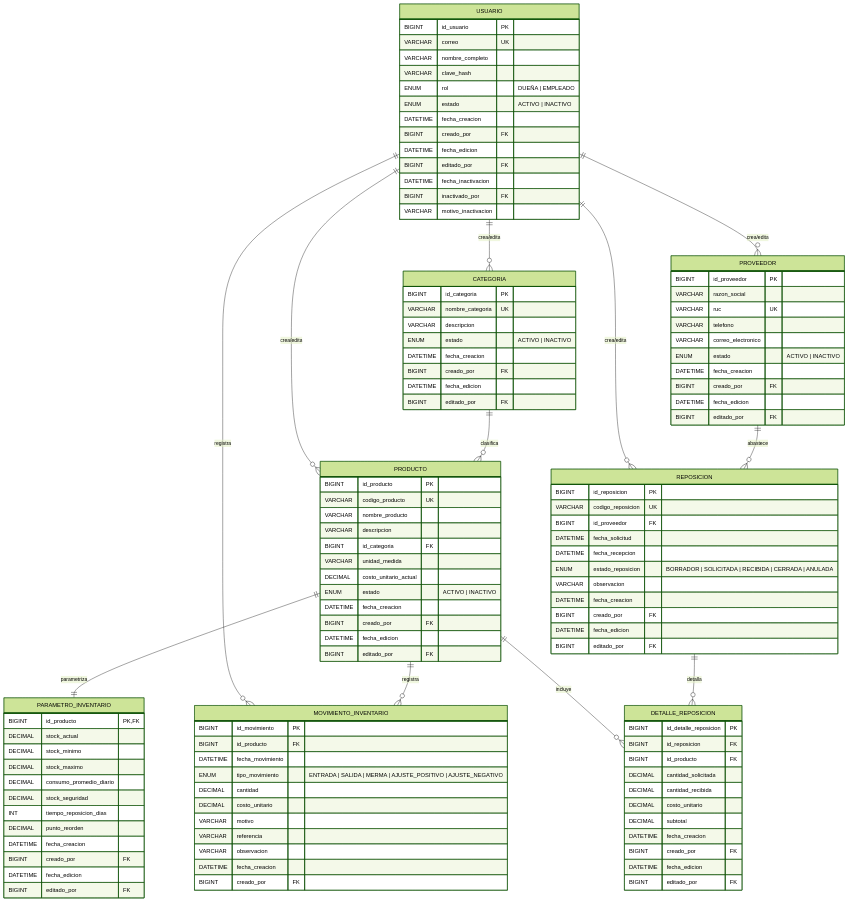
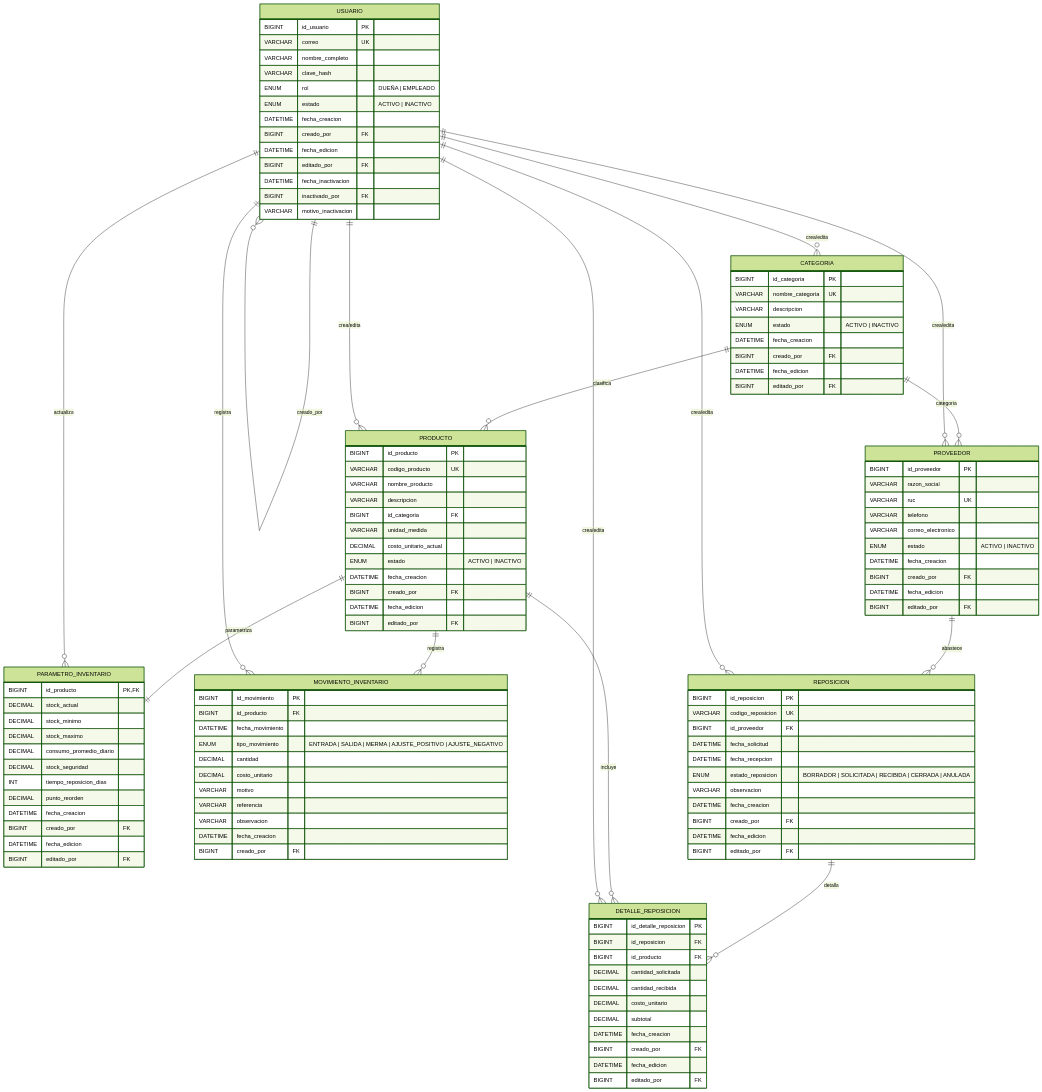
The first of 2 diagrams in README.md (Espiritu16/judo-apifast-backend), drawn with Mermaid (forest theme) before and after one commit. The commit also changed other lines of this file, not shown here.

````diff
--- a/README.md
+++ b/README.md
@@ -297,14 +308,18 @@
     }
 
     CATEGORIA ||--o{ PRODUCTO : "clasifica"
+    CATEGORIA ||--o{ PROVEEDOR : "categoria"
     PRODUCTO ||--|| PARAMETRO_INVENTARIO : "parametriza"
     PRODUCTO ||--o{ MOVIMIENTO_INVENTARIO : "registra"
     PROVEEDOR ||--o{ REPOSICION : "abastece"
     REPOSICION ||--o{ DETALLE_REPOSICION : "detalla"
     PRODUCTO ||--o{ DETALLE_REPOSICION : "incluye"
+    USUARIO ||--o{ USUARIO : "creado_por"
     USUARIO ||--o{ CATEGORIA : "crea/edita"
+    USUARIO ||--o{ PRODUCTO : "crea/edita"
     USUARIO ||--o{ PROVEEDOR : "crea/edita"
-    USUARIO ||--o{ PRODUCTO : "crea/edita"
+    USUARIO ||--o{ PARAMETRO_INVENTARIO : "actualiza"
     USUARIO ||--o{ MOVIMIENTO_INVENTARIO : "registra"
     USUARIO ||--o{ REPOSICION : "crea/edita"
+    USUARIO ||--o{ DETALLE_REPOSICION : "crea/edita"
 ```
````
